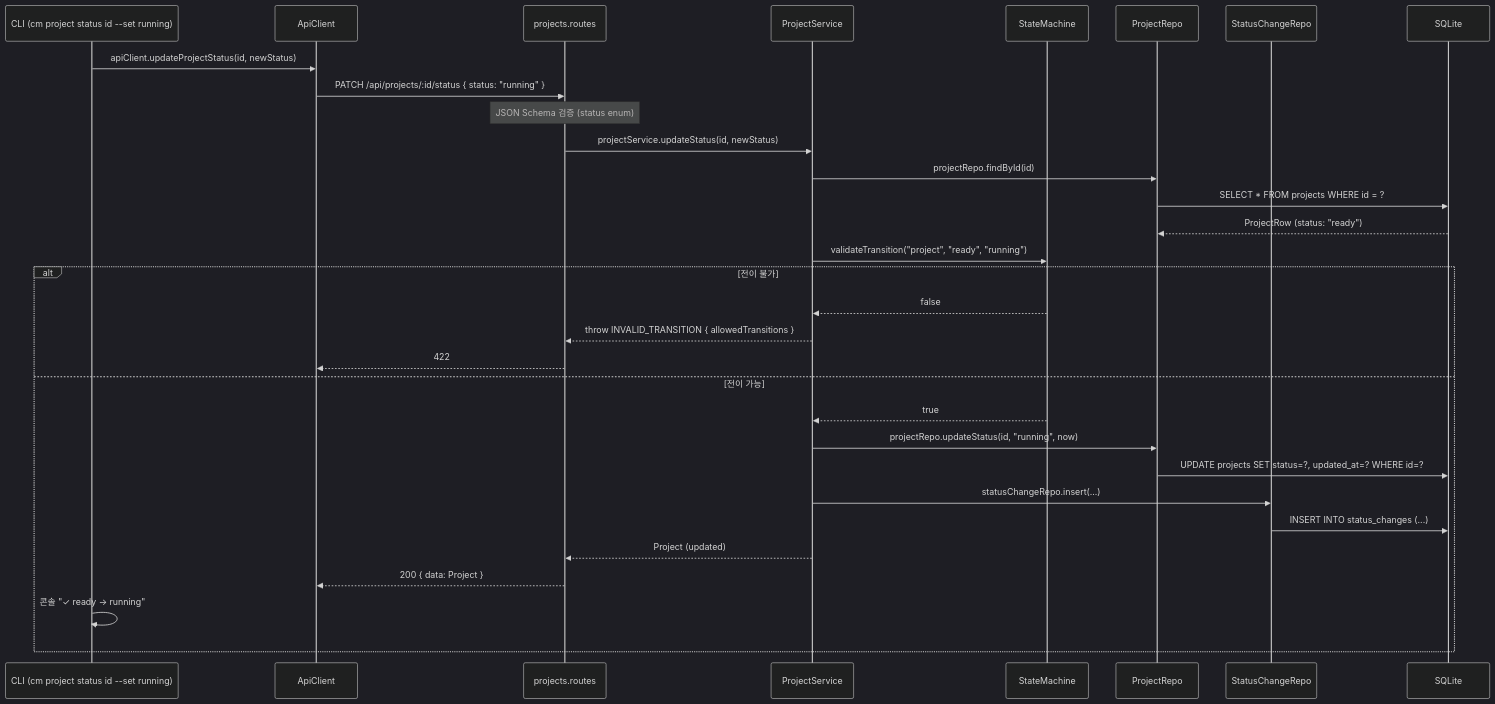
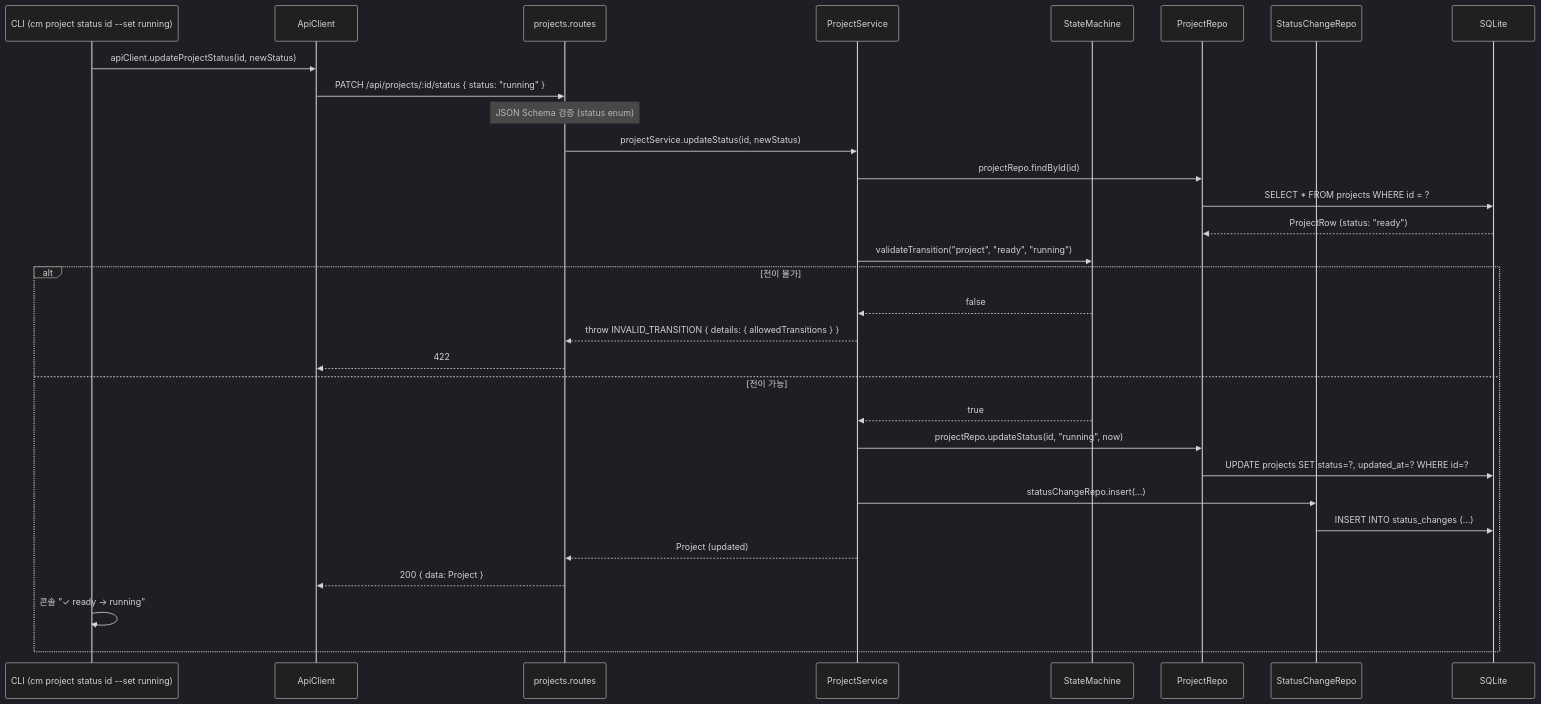
The sixth of 19 diagrams in docs/design/des-004-sequence-dataflow.md (AI-Agent-Jeon/ClaudeManager-v2), drawn with Mermaid (dark theme) before and after one commit. The commit also changed other lines of this file and 8 other files, not shown here.

````diff
--- a/docs/design/des-004-sequence-dataflow.md
+++ b/docs/design/des-004-sequence-dataflow.md
@@ -642,34 +642,34 @@
 ```mermaid
 sequenceDiagram
     participant CLI as CLI (cm project status id --set running)
     participant AC as ApiClient
     participant R as projects.routes
     participant S as ProjectService
     participant SM as StateMachine
     participant PR as ProjectRepo
     participant SCR as StatusChangeRepo
     participant DB as SQLite
 
     CLI->>AC: apiClient.updateProjectStatus(id, newStatus)
     AC->>R: PATCH /api/projects/:id/status { status: "running" }
     Note over R: JSON Schema 검증 (status enum)
     R->>S: projectService.updateStatus(id, newStatus)
     S->>PR: projectRepo.findById(id)
     PR->>DB: SELECT * FROM projects WHERE id = ?
     DB-->>PR: ProjectRow (status: "ready")
     S->>SM: validateTransition("project", "ready", "running")
     alt 전이 불가
         SM-->>S: false
-        S-->>R: throw INVALID_TRANSITION { allowedTransitions }
+        S-->>R: throw INVALID_TRANSITION { details: { allowedTransitions } }
         R-->>AC: 422
     else 전이 가능
         SM-->>S: true
         S->>PR: projectRepo.updateStatus(id, "running", now)
         PR->>DB: UPDATE projects SET status=?, updated_at=? WHERE id=?
         S->>SCR: statusChangeRepo.insert(...)
         SCR->>DB: INSERT INTO status_changes (...)
         S-->>R: Project (updated)
         R-->>AC: 200 { data: Project }
         CLI->>CLI: 콘솔 "✓ ready → running"
     end
 ```
````
